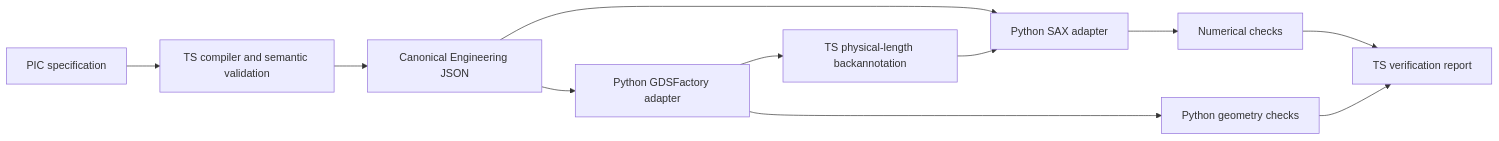
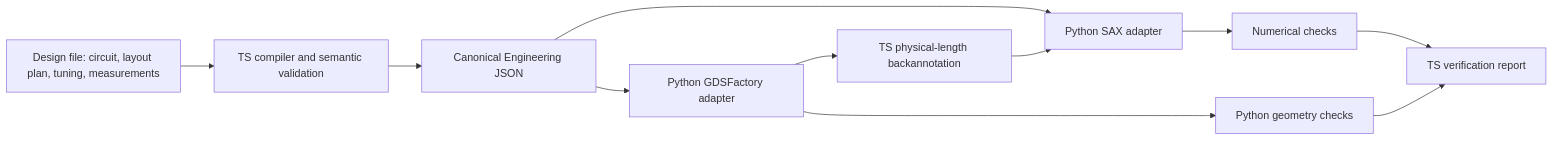
Before and after one commit to xiaoyuy2906/AgentPIC: the diagram in docs/architecture.md, drawn with Mermaid. The commit also changed other lines of this file and 93 other files, not shown here.

````diff
--- a/docs/architecture.md
+++ b/docs/architecture.md
@@ -31,13 +31,13 @@
 ```mermaid
 flowchart LR
-  S[PIC specification] --> C[TS compiler and semantic validation]
+  S[Design file: circuit, layout plan, tuning, measurements] --> C[TS compiler and semantic validation]
   C --> IR[Canonical Engineering JSON]
   IR --> SAX[Python SAX adapter]
   SAX --> N[Numerical checks]
   IR --> G[Python GDSFactory adapter]
   G --> B[TS physical-length backannotation]
   B --> SAX
   G --> D[Python geometry checks]
   N --> V[TS verification report]
   D --> V
 ```
````
